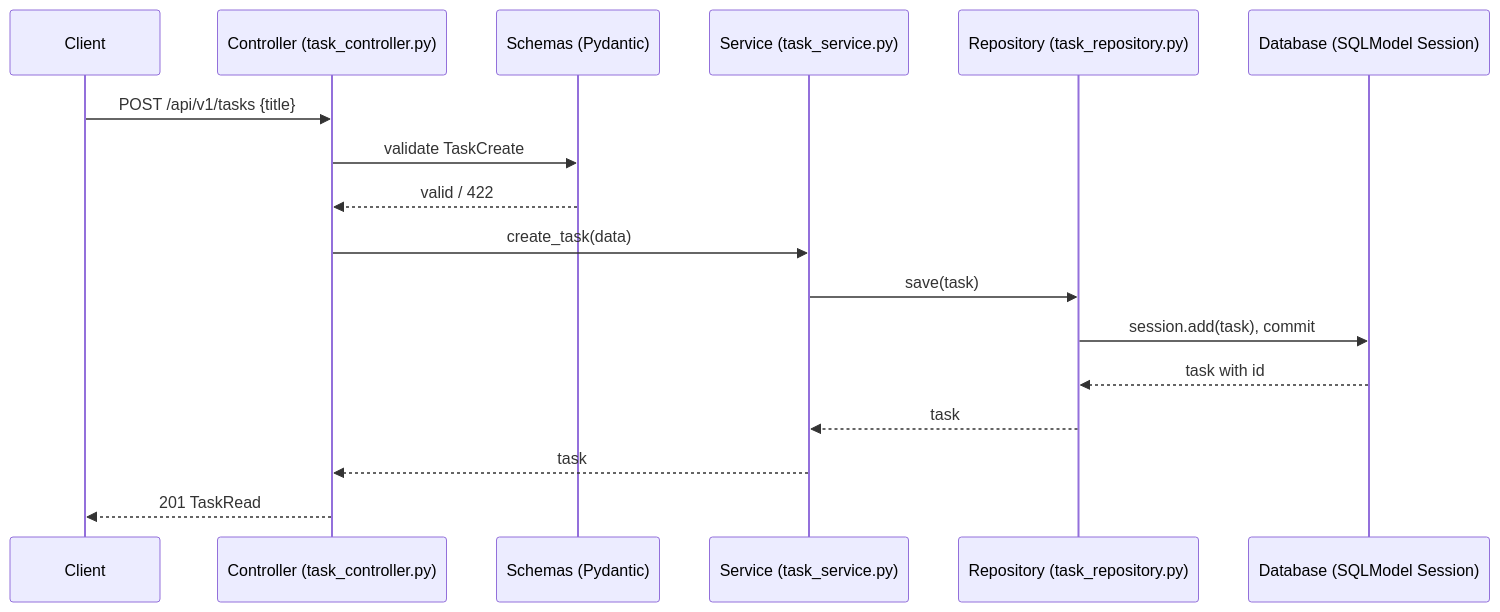
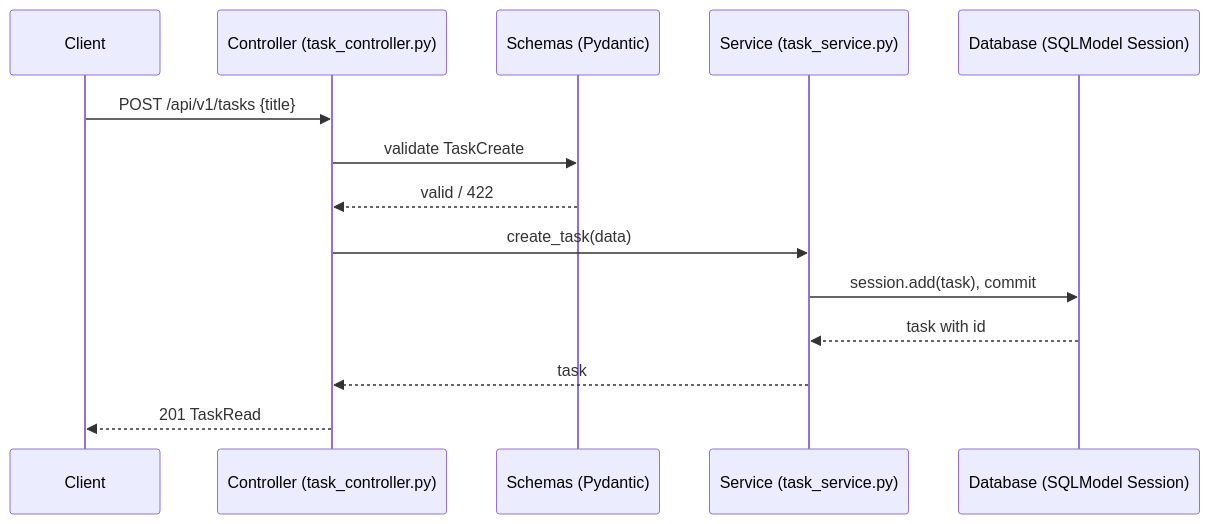
Before and after one commit to sayef-reyadh-labs/smarter-todo: the second of 6 diagrams in docs/03-tdd.md, drawn with Mermaid. The commit also changed other lines of this file and 4 other files, not shown here.

Commit message:
refactor: merge repository into task service for a simpler mvp backend (#3)

````diff
--- a/docs/03-tdd.md
+++ b/docs/03-tdd.md
@@ -59,19 +59,16 @@
 ```mermaid
 sequenceDiagram
     participant C as Client
     participant R as Controller (task_controller.py)
     participant S as Schemas (Pydantic)
     participant V as Service (task_service.py)
-    participant P as Repository (task_repository.py)
     participant D as Database (SQLModel Session)
     C->>R: POST /api/v1/tasks {title}
     R->>S: validate TaskCreate
     S-->>R: valid / 422
     R->>V: create_task(data)
-    V->>P: save(task)
-    P->>D: session.add(task), commit
-    D-->>P: task with id
-    P-->>V: task
+    V->>D: session.add(task), commit
+    D-->>V: task with id
     V-->>R: task
     R-->>C: 201 TaskRead
 ```
````
